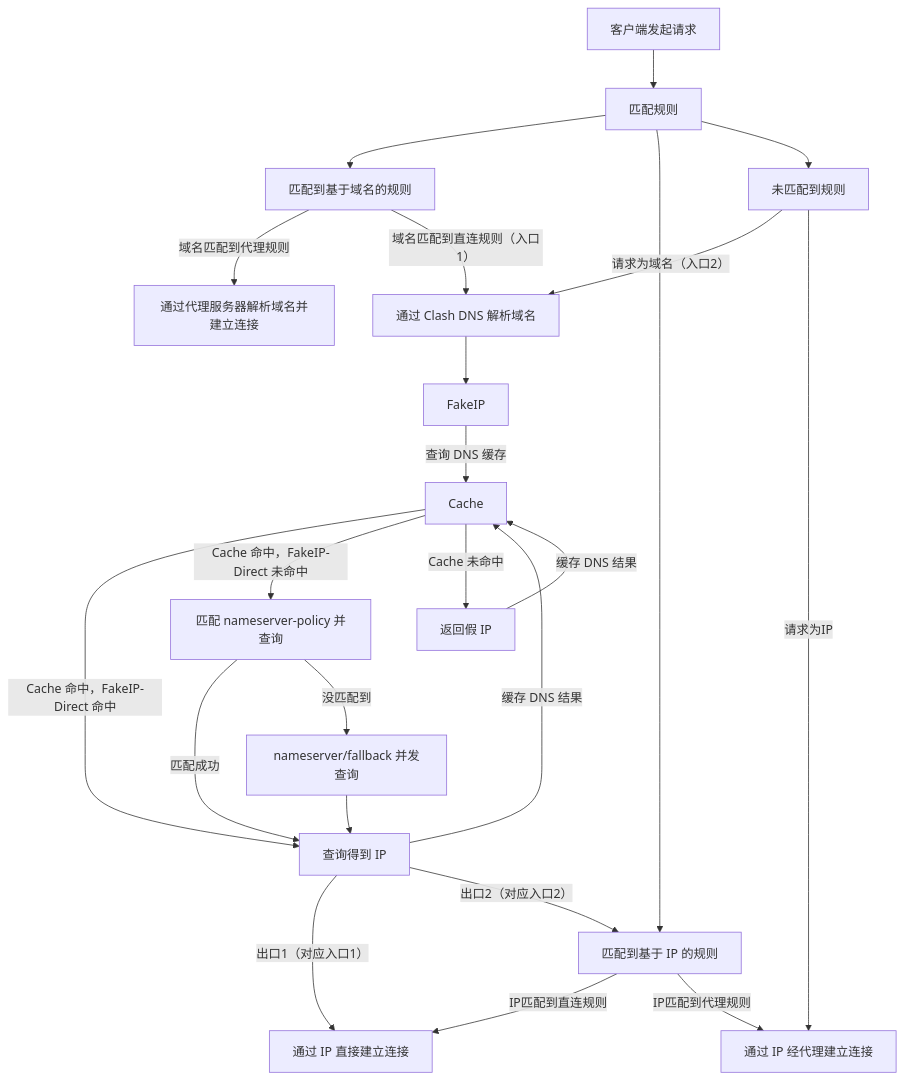
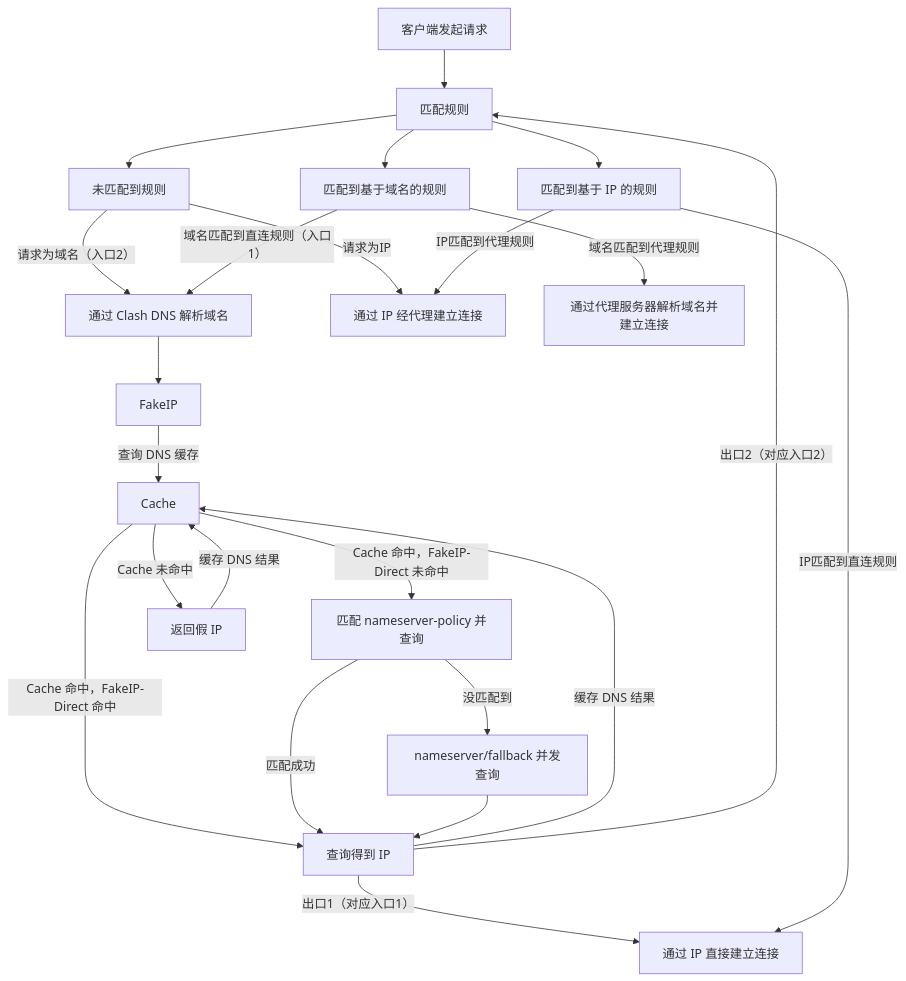
Before and after one commit to Jishi0/sub-rule: the diagram in mihomoDNS解析流程.md, drawn with Mermaid.

````diff
--- a/mihomoDNS解析流程.md
+++ b/mihomoDNS解析流程.md
@@ -1,37 +1,37 @@
 ```mermaid
 flowchart TD
   Start[客户端发起请求] --> rule[匹配规则]
   rule -->  Domain[匹配到基于域名的规则]
   rule --> IP[匹配到基于 IP 的规则]
   rule --> null[未匹配到规则]
 
   null --> |请求为域名（入口2）|DNS
   null --> |请求为IP|Proxy
 
   Domain --> |域名匹配到代理规则|Remote[通过代理服务器解析域名并建立连接]
   Domain --> |域名匹配到直连规则（入口1）|DNS[通过 Clash DNS 解析域名]
 
   DNS --> FakeIP
   FakeIP --> |查询 DNS 缓存|Cache
 
   Cache --> |Cache 命中，FakeIP-Direct 命中|Get[查询得到 IP]
   Cache --> |Cache 命中，FakeIP-Direct 未命中|NS[匹配 nameserver-policy 并查询 ]
   Cache --> |Cache 未命中|FakeGet[返回假 IP]
 
   NS --> |匹配成功| Get
   NS --> |没匹配到| NF[nameserver/fallback 并发查询]
   NF --> Get
 
   Get --> |缓存 DNS 结果|Cache
   FakeGet --> |缓存 DNS 结果|Cache
 
 
   Get --> |出口1（对应入口1）|Direct[通过 IP 直接建立连接]
-  Get --> |出口2（对应入口2）|IP
+  Get --> |出口2（对应入口2）|rule
 
   IP --> |IP匹配到直连规则|Direct
   IP --> |IP匹配到代理规则|Proxy[通过 IP 经代理建立连接]
 
 
 
 ```
````
